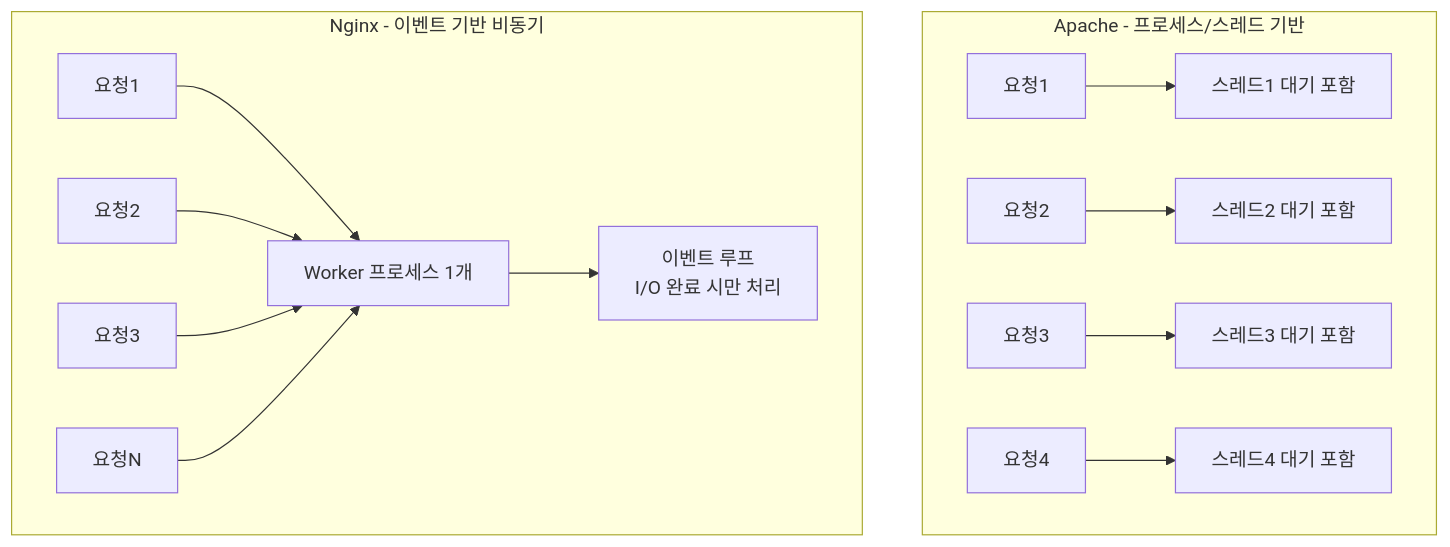
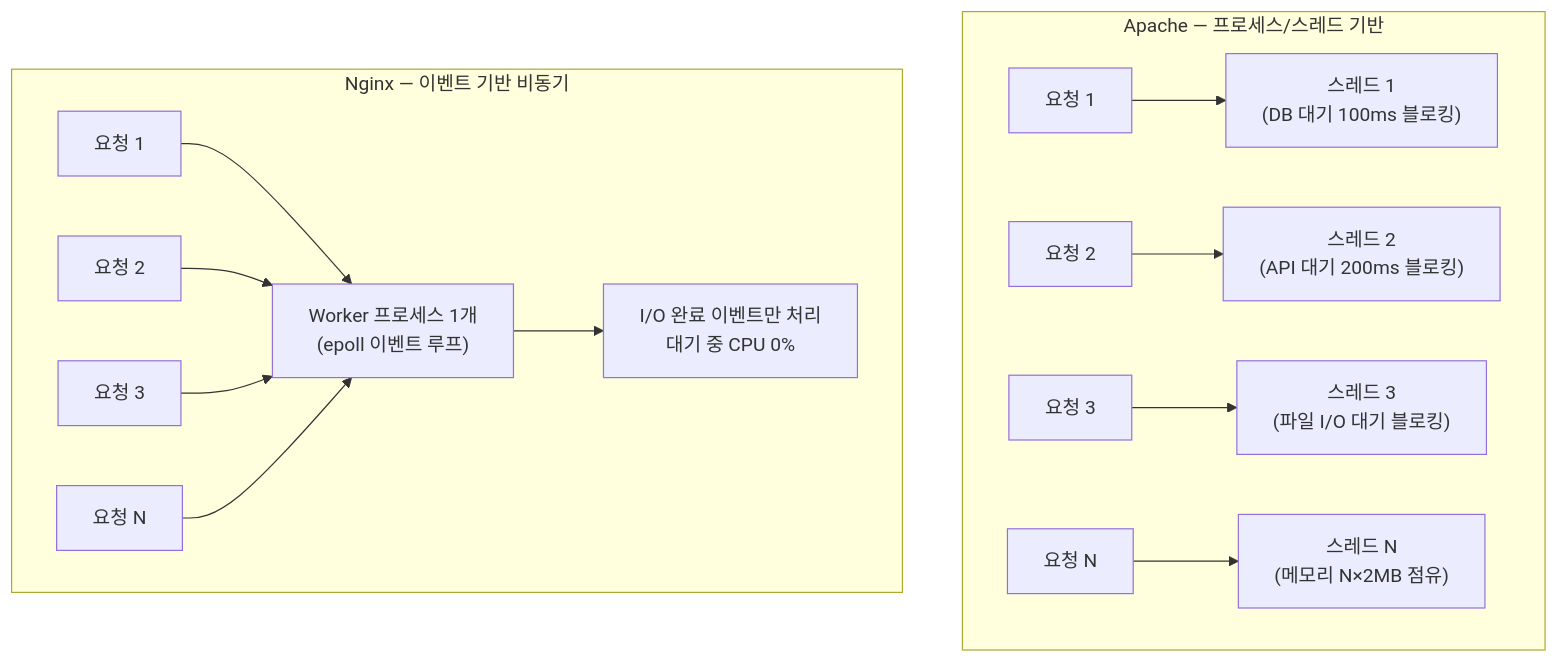
The first of 6 diagrams in _posts/server/2026-05-02-nginx-deep.md (yjkim2015/yjkim2015.github.io), drawn with Mermaid before and after one commit. The commit also changed other lines of this file and 34 other files, not shown here.

First line of the commit message:
Full quality pass: 41 files — ASCII removed, 동작원리 보강, diagrams

````diff
--- a/_posts/server/2026-05-02-nginx-deep.md
+++ b/_posts/server/2026-05-02-nginx-deep.md
@@ -22,17 +22,17 @@
-```mermaid
+<div class="mermaid">
 graph TD
-    subgraph "Apache - 프로세스/스레드 기반"
-        A_Req1["요청1"] --> A_Thread1["스레드1 대기 포함"]
-        A_Req2["요청2"] --> A_Thread2["스레드2 대기 포함"]
-        A_Req3["요청3"] --> A_Thread3["스레드3 대기 포함"]
-        A_Req4["요청4"] --> A_Thread4["스레드4 대기 포함"]
+    subgraph "Apache — 프로세스/스레드 기반"
+        A_Req1["요청 1"] --> A_Thread1["스레드 1\n(DB 대기 100ms 블로킹)"]
+        A_Req2["요청 2"] --> A_Thread2["스레드 2\n(API 대기 200ms 블로킹)"]
+        A_Req3["요청 3"] --> A_Thread3["스레드 3\n(파일 I/O 대기 블로킹)"]
+        A_Req4["요청 N"] --> A_Thread4["스레드 N\n(메모리 N×2MB 점유)"]
     end
 
-    subgraph "Nginx - 이벤트 기반 비동기"
-        N_Req1["요청1"] --> Worker["Worker 프로세스 1개"]
-        N_Req2["요청2"] --> Worker
-        N_Req3["요청3"] --> Worker
-        N_Req4["요청N"] --> Worker
-        Worker --> EventLoop["이벤트 루프<br>I/O 완료 시만 처리"]
+    subgraph "Nginx — 이벤트 기반 비동기"
+        N_Req1["요청 1"] --> Worker["Worker 프로세스 1개\n(epoll 이벤트 루프)"]
+        N_Req2["요청 2"] --> Worker
+        N_Req3["요청 3"] --> Worker
+        N_Req4["요청 N"] --> Worker
+        Worker --> EventLoop["I/O 완료 이벤트만 처리\n대기 중 CPU 0%"]
     end
-```
+</div>
````
